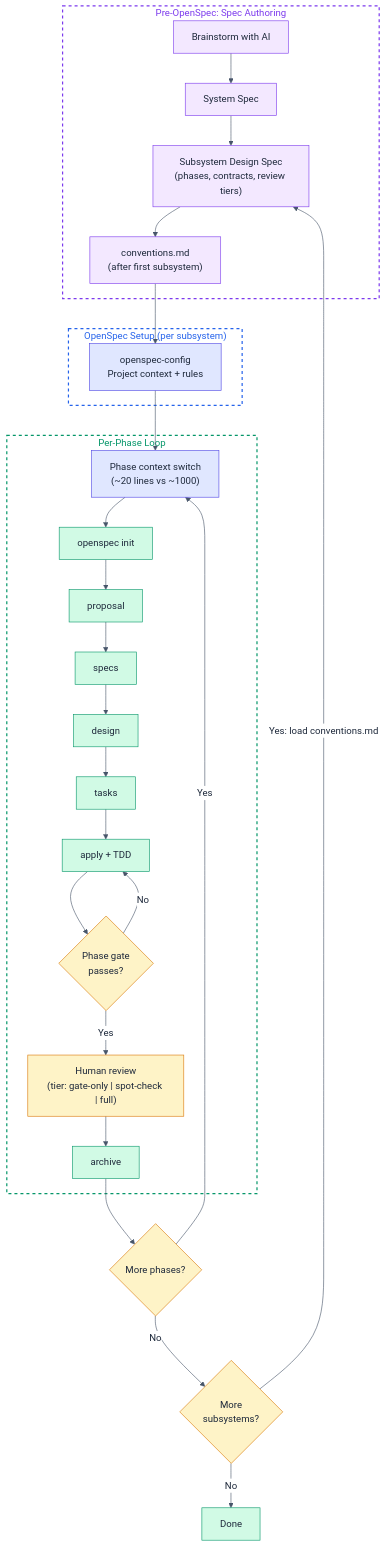
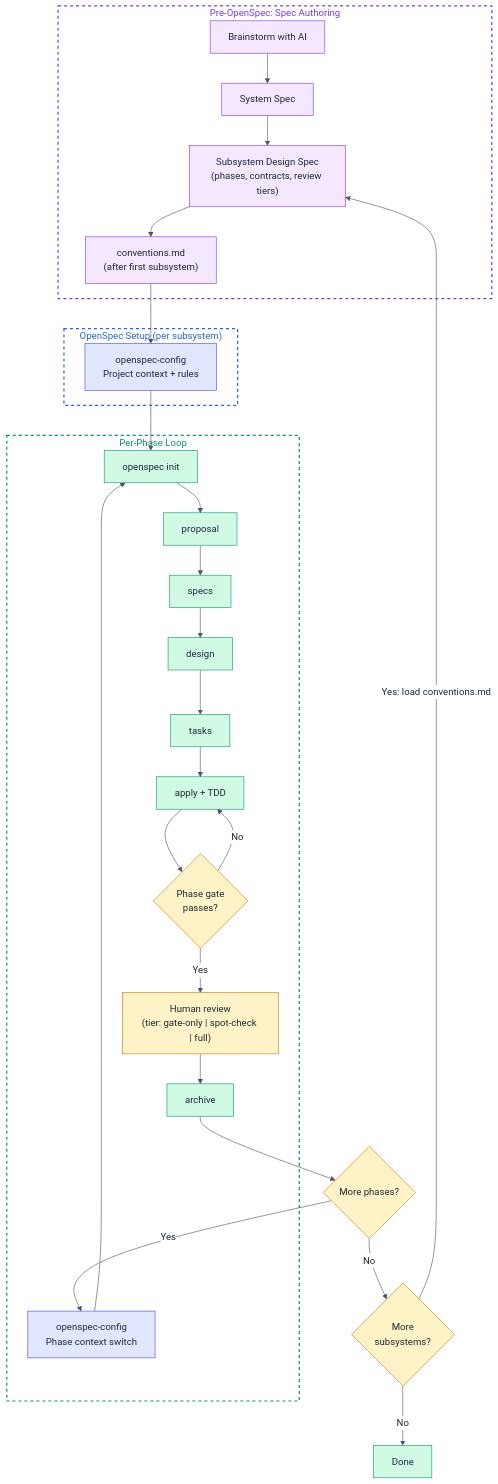
The diagram in README.md (mpurbo/purbo-skills), drawn with Mermaid before and after one commit.

Commit message:
fix sdd workflow mermaid

````diff
--- a/README.md
+++ b/README.md
@@ -97,71 +97,71 @@
 ```mermaid
 %%{init:{'theme':'base','themeVariables':{'primaryTextColor':'#1e293b','lineColor':'#475569','edgeLabelBackground':'#ffffff','tertiaryTextColor':'#1e293b'}}}%%
 flowchart TD
     subgraph pre_openspec ["Pre-OpenSpec: Spec Authoring"]
         Brain["Brainstorm with AI"]
         SysSpec["System Spec"]
         SubSpec["Subsystem Design Spec<br/>(phases, contracts, review tiers)"]
         Conv["conventions.md<br/>(after first subsystem)"]
 
         Brain --> SysSpec
         SysSpec --> SubSpec
         SubSpec --> Conv
     end
 
     subgraph config_phase ["OpenSpec Setup (per subsystem)"]
         Config["openspec-config<br/>Project context + rules"]
     end
 
     subgraph phase_loop ["Per-Phase Loop"]
-        PhaseCtx["Phase context switch<br/>(~20 lines vs ~1000)"]
+        PhaseCtx["openspec-config<br/>Phase context switch"]
         Init["openspec init"]
         Proposal["proposal"]
         Specs["specs"]
         Design["design"]
         Tasks["tasks"]
         Apply["apply + TDD"]
         Gate{"Phase gate<br/>passes?"}
         Review["Human review<br/>(tier: gate-only | spot-check | full)"]
         Archive["archive"]
     end
 
     MorePhases{"More phases?"}
     MoreSubs{"More<br/>subsystems?"}
     Done["Done"]
 
     Conv --> Config
-    Config --> PhaseCtx
+    Config --> Init
     PhaseCtx --> Init
     Init --> Proposal --> Specs --> Design --> Tasks --> Apply
     Apply --> Gate
     Gate -- "No" --> Apply
     Gate -- "Yes" --> Review --> Archive
     Archive --> MorePhases
     MorePhases -- "Yes" --> PhaseCtx
     MorePhases -- "No" --> MoreSubs
     MoreSubs -- "Yes: load conventions.md" --> SubSpec
     MoreSubs -- "No" --> Done
 
     style pre_openspec fill:none,stroke:#7c3aed,stroke-dasharray: 5 5,stroke-width:2px,color:#7c3aed
     style config_phase fill:none,stroke:#2563eb,stroke-dasharray: 5 5,stroke-width:2px,color:#2563eb
     style phase_loop fill:none,stroke:#059669,stroke-dasharray: 5 5,stroke-width:2px,color:#059669
 
     style Brain fill:#f3e8ff,stroke:#7c3aed,color:#1e293b
     style SysSpec fill:#f3e8ff,stroke:#7c3aed,color:#1e293b
     style SubSpec fill:#f3e8ff,stroke:#7c3aed,color:#1e293b
     style Conv fill:#f3e8ff,stroke:#7c3aed,color:#1e293b
     style Config fill:#e0e7ff,stroke:#4f46e5,color:#1e293b
     style PhaseCtx fill:#e0e7ff,stroke:#4f46e5,color:#1e293b
     style Init fill:#d1fae5,stroke:#059669,color:#1e293b
     style Proposal fill:#d1fae5,stroke:#059669,color:#1e293b
     style Specs fill:#d1fae5,stroke:#059669,color:#1e293b
     style Design fill:#d1fae5,stroke:#059669,color:#1e293b
     style Tasks fill:#d1fae5,stroke:#059669,color:#1e293b
     style Apply fill:#d1fae5,stroke:#059669,color:#1e293b
     style Gate fill:#fef3c7,stroke:#d97706,color:#1e293b
     style Review fill:#fef3c7,stroke:#d97706,color:#1e293b
     style Archive fill:#d1fae5,stroke:#059669,color:#1e293b
     style MorePhases fill:#fef3c7,stroke:#d97706,color:#1e293b
     style MoreSubs fill:#fef3c7,stroke:#d97706,color:#1e293b
     style Done fill:#d1fae5,stroke:#059669,color:#1e293b
 ```
````
